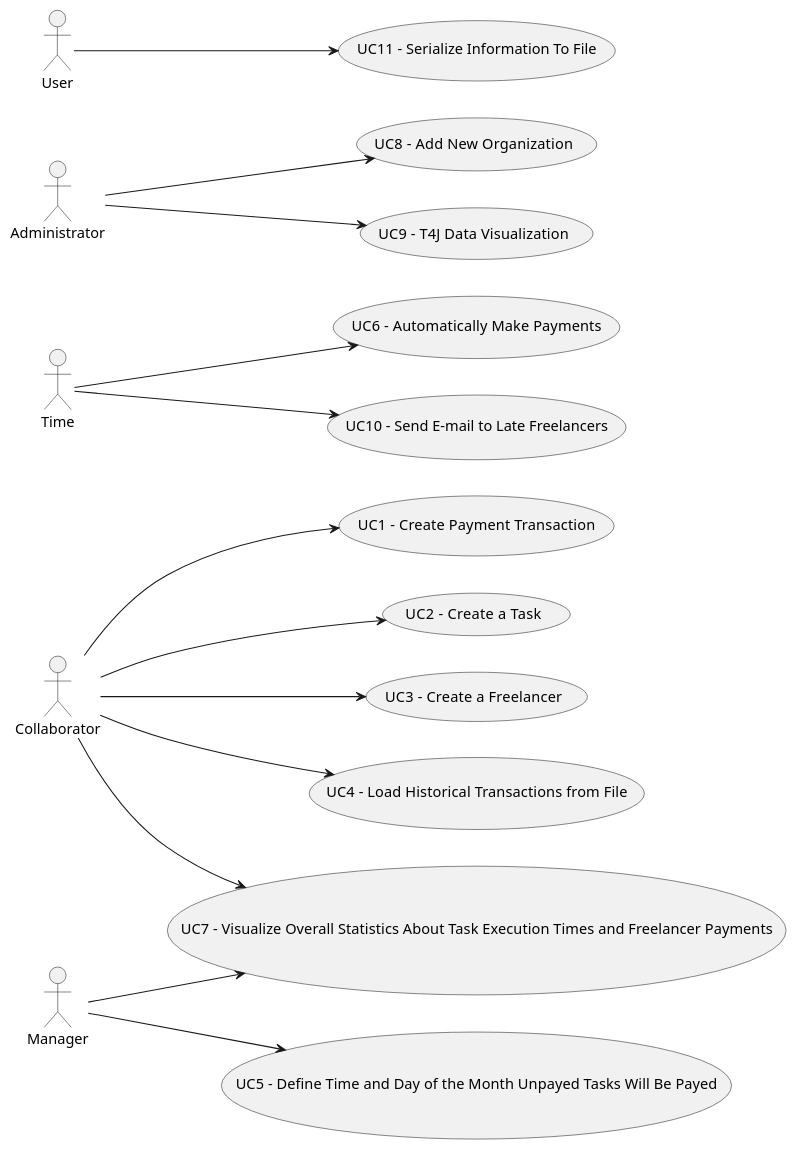
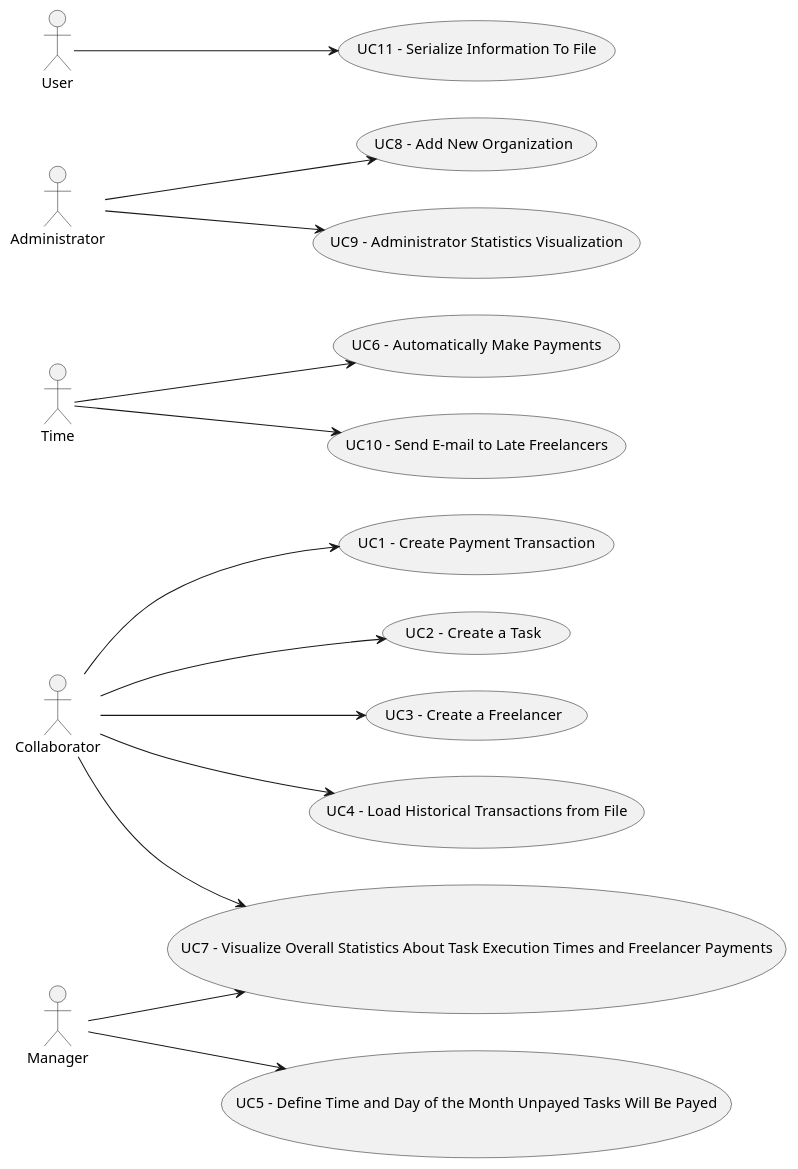
Before and after one commit to botelho-io/lapr2-2020-g029: the diagram in docs/DUC/DUC.puml, drawn with PlantUML. The commit also changed 14 other files, not shown here.

```diff
--- a/docs/DUC/DUC.puml
+++ b/docs/DUC/DUC.puml
@@ -1,42 +1,42 @@
 @startuml DUC
 
 usecase UC1  as "UC1  - Create Payment Transaction"
 usecase UC2  as "UC2  - Create a Task"
 usecase UC3  as "UC3  - Create a Freelancer"
 usecase UC4  as "UC4  - Load Historical Transactions from File"
 usecase UC5  as "UC5  - Define Time and Day of the Month Unpayed Tasks Will Be Payed"
 usecase UC6  as "UC6  - Automatically Make Payments"
 usecase UC7  as "UC7  - Visualize Overall Statistics About Task Execution Times and Freelancer Payments"
 usecase UC8  as "UC8  - Add New Organization"
-usecase UC9  as "UC9  - T4J Data Visualization"
+usecase UC9  as "UC9  - Administrator Statistics Visualization"
 usecase UC10 as "UC10 - Send E-mail to Late Freelancers"
 usecase UC11 as "UC11 - Serialize Information To File"
 
 actor Collaborator as C
 actor Manager as M
 actor Administrator as A
 actor Time as T
 actor User as U
 
 left to right direction
 
 C --> (UC1)
 C --> (UC2)
 C --> (UC3)
 C --> (UC4)
 
 M --> (UC5)
 
 T --> (UC6)
 
 C --> (UC7)
 M --> (UC7)
 
 A --> (UC8)
 A --> (UC9)
 
 T --> (UC10)
 
 U --> (UC11)
 
 @enduml
```
